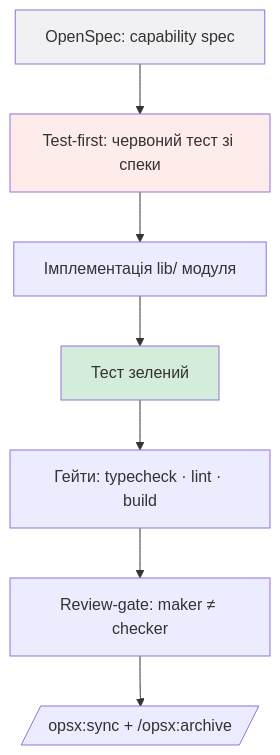
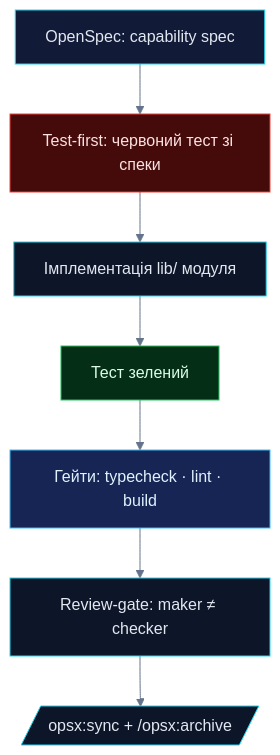
The second of 10 diagrams in README.md (eresemai/2026-fwdays-agentic-greenfield-task-INVOICE-MAKER-2026), drawn with Mermaid before and after one commit. The commit also changed other lines of this file and 2 other files, not shown here.

````diff
--- a/README.md
+++ b/README.md
@@ -132,13 +205,15 @@
 ```mermaid
+%%{init: {'theme': 'base', 'themeVariables': { 'primaryColor': '#0d1528', 'primaryTextColor': '#e2e8f0', 'primaryBorderColor': '#22d3ee', 'lineColor': '#64748b', 'secondaryColor': '#111b37', 'tertiaryColor': '#172554'}}}%%
 flowchart TD
   SPEC[OpenSpec: capability spec] --> RED[Test-first: червоний тест зі спеки]
   RED --> IMPL[Імплементація lib/ модуля]
   IMPL --> GREEN[Тест зелений]
   GREEN --> GATES[Гейти: typecheck · lint · build]
   GATES --> REVIEW[Review-gate: maker ≠ checker]
   REVIEW --> ARCHIVE[/opsx:sync + /opsx:archive/]
 
-  style SPEC fill:#f1f1f3
-  style GREEN fill:#d4edda
-  style RED fill:#fdecea
+  style SPEC fill:#111b37,stroke:#22d3ee,color:#e2e8f0
+  style GREEN fill:#052e16,stroke:#22c55e,color:#dcfce7
+  style RED fill:#450a0a,stroke:#ef4136,color:#fee2e2
+  style GATES fill:#172554,stroke:#38bdf8,color:#e0f2fe
 ```
````
